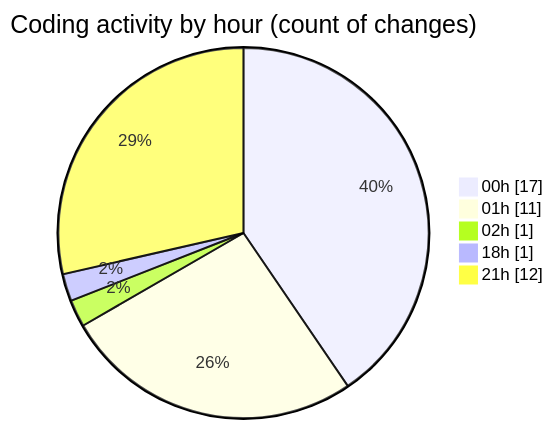
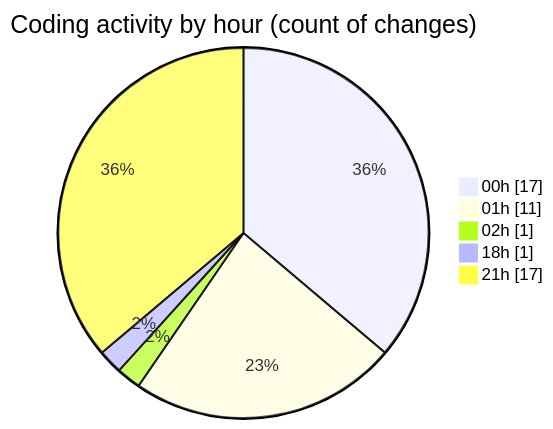
Before and after one commit to julien-gomy/code-tracking: the second of 2 diagrams in 2025-11-22/eventscop-api-guide__workspace_/README.md, drawn with Mermaid. The commit also changed other lines of this file and 1 other file, not shown here.

````diff
--- a/2025-11-22/eventscop-api-guide__workspace_/README.md
+++ b/2025-11-22/eventscop-api-guide__workspace_/README.md
@@ -41,9 +41,9 @@
 ```mermaid
 pie showData
 title Coding activity by hour (count of changes)
 "00h" : 17
 "01h" : 11
 "02h" : 1
 "18h" : 1
-"21h" : 12
+"21h" : 17
 ```
````
